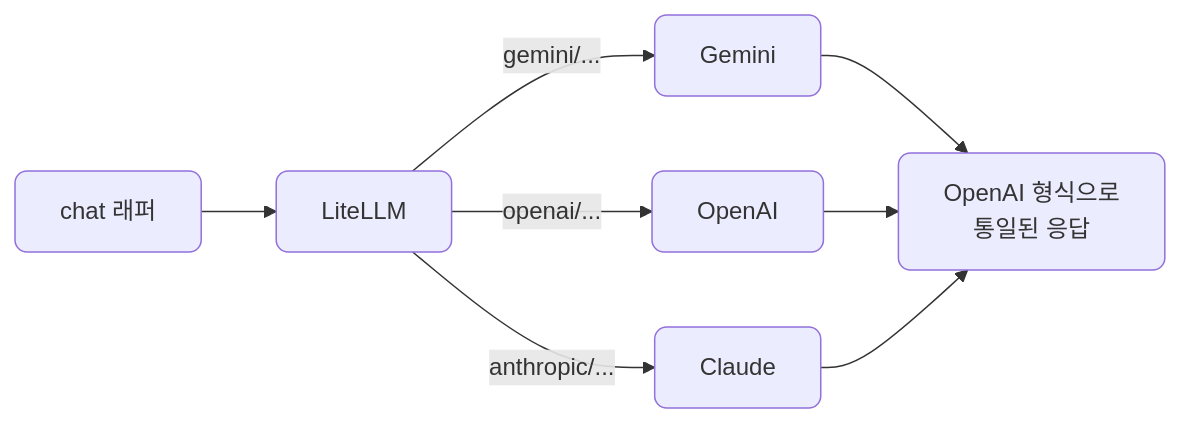
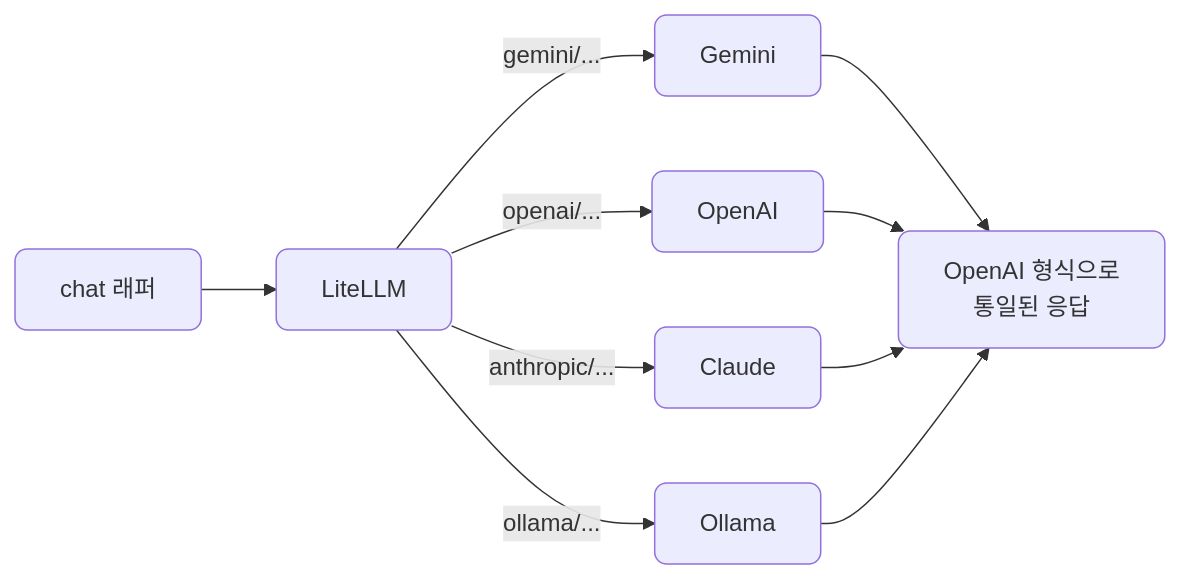
The first of 4 diagrams in docs/section1/lec06/README.md (CodeCompose7/ai_service_engineering), drawn with Mermaid before and after one commit. The commit also changed other lines of this file and 5 other files, not shown here.

````diff
--- a/docs/section1/lec06/README.md
+++ b/docs/section1/lec06/README.md
@@ -15,11 +15,13 @@
 ```mermaid
 flowchart LR
   C["chat 래퍼"] --> LL["LiteLLM"]
   LL -->|"gemini/..."| G["Gemini"]
   LL -->|"openai/..."| O["OpenAI"]
   LL -->|"anthropic/..."| A["Claude"]
+  LL -->|"ollama/..."| OL["Ollama"]
   G --> U["OpenAI 형식으로<br/>통일된 응답"]
   O --> U
   A --> U
+  OL --> U
   classDef default rx:8,ry:8;
 ```
````
